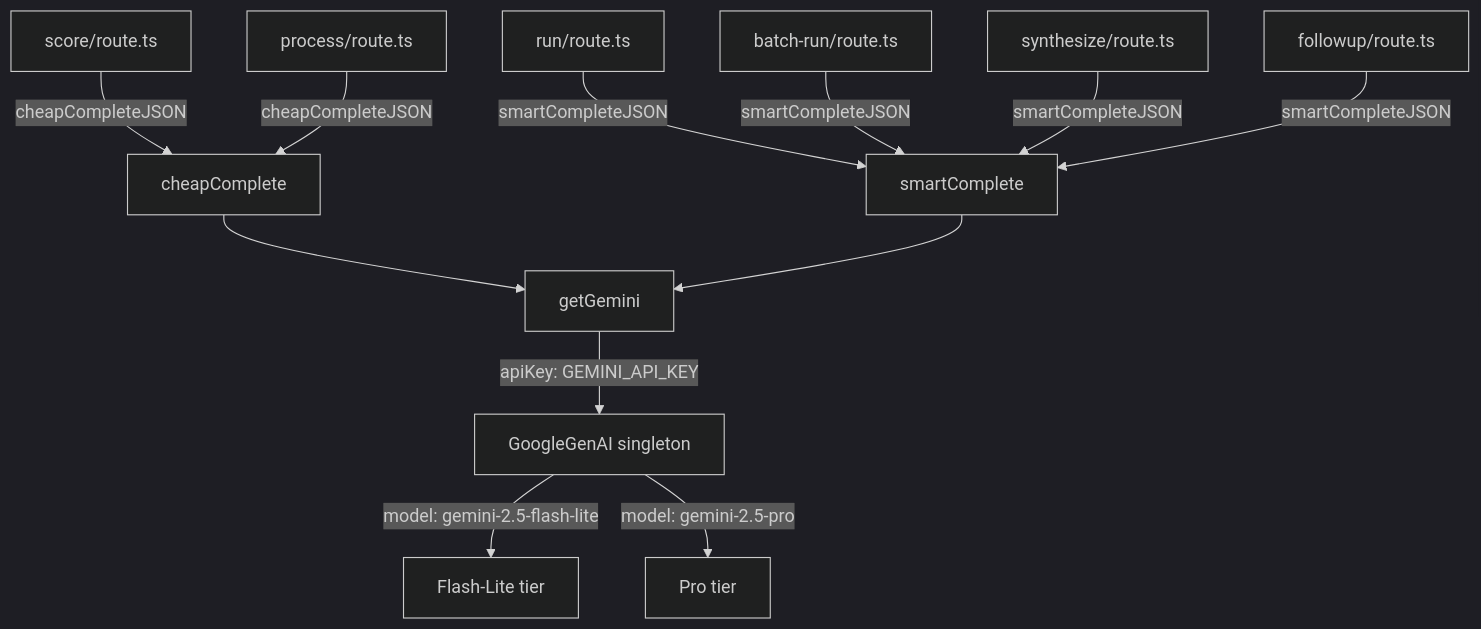
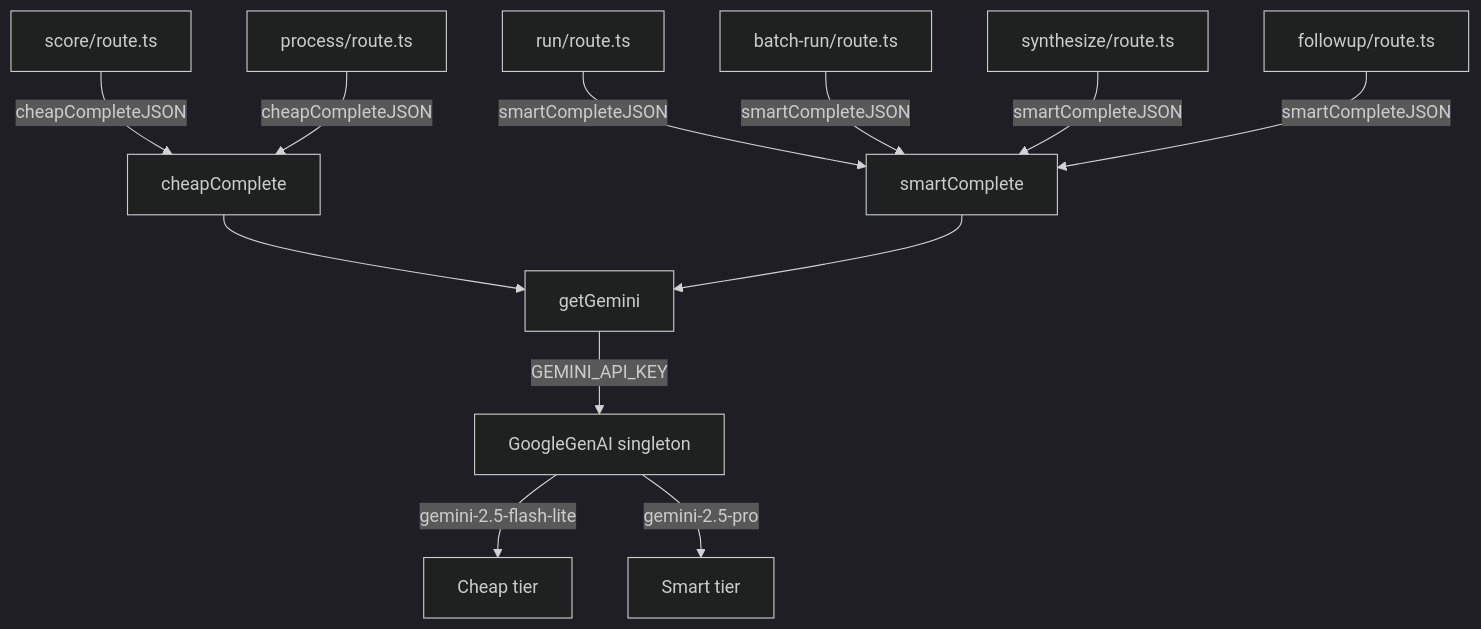
The diagram in docs/generated/configuration-reference.md (forrestmill-cmd/gongwizard), drawn with Mermaid (dark theme) before and after one commit. The commit also changed other lines of this file and 4 other files, not shown here.

````diff
--- a/docs/generated/configuration-reference.md
+++ b/docs/generated/configuration-reference.md
@@ -270,14 +300,14 @@
 ```mermaid
 graph TD
     A[score/route.ts] -->|cheapCompleteJSON| B[cheapComplete]
     C[process/route.ts] -->|cheapCompleteJSON| B
     D[run/route.ts] -->|smartCompleteJSON| E[smartComplete]
     F[batch-run/route.ts] -->|smartCompleteJSON| E
     G[synthesize/route.ts] -->|smartCompleteJSON| E
     H[followup/route.ts] -->|smartCompleteJSON| E
     B --> I[getGemini]
     E --> I
-    I -->|apiKey: GEMINI_API_KEY| J[GoogleGenAI singleton]
-    J -->|model: gemini-2.5-flash-lite| K[Flash-Lite tier]
-    J -->|model: gemini-2.5-pro| L[Pro tier]
+    I -->|GEMINI_API_KEY| J[GoogleGenAI singleton]
+    J -->|gemini-2.5-flash-lite| K[Cheap tier]
+    J -->|gemini-2.5-pro| L[Smart tier]
 ```
````
